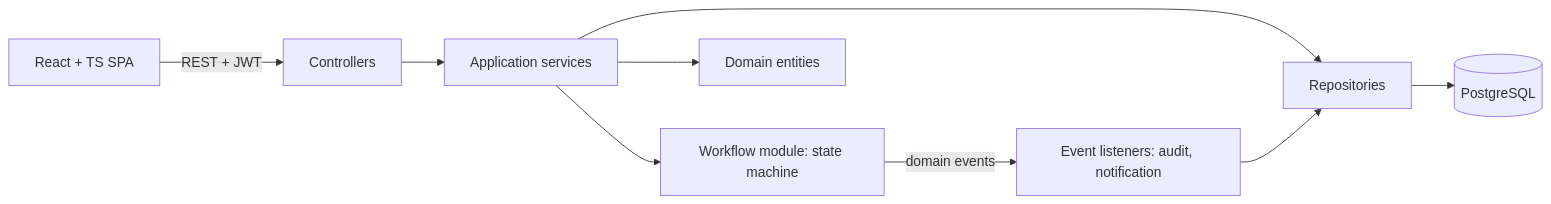
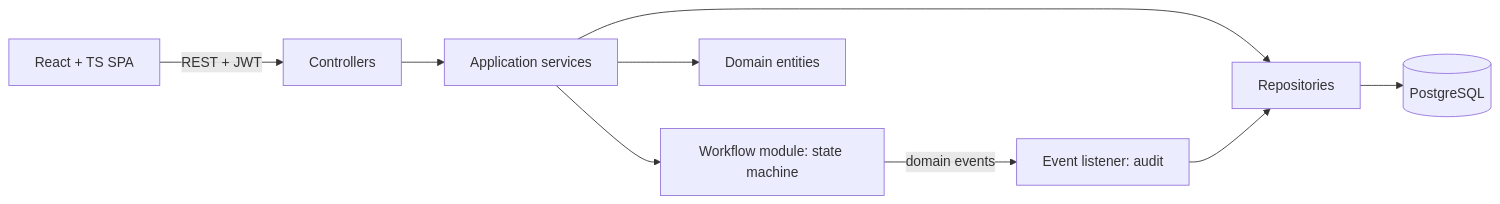
One commit to udita-0707/Prastaav changed the second of 2 diagrams in docs/PRD.md. Above: the diagram before and after it, drawn with Mermaid. The commit also changed other lines of this file, not shown here.

````diff
--- a/docs/PRD.md
+++ b/docs/PRD.md
@@ -117,11 +114,11 @@
 ```mermaid
 flowchart LR
   UI[React + TS SPA] -->|REST + JWT| API[Controllers]
   API --> SVC[Application services]
   SVC --> WF[Workflow module: state machine]
   SVC --> DOM[Domain entities]
   SVC --> REPO[Repositories]
   REPO --> DB[(PostgreSQL)]
-  WF -->|domain events| EVT[Event listeners: audit, notification]
+  WF -->|domain events| EVT[Event listener: audit]
   EVT --> REPO
 ```
````
